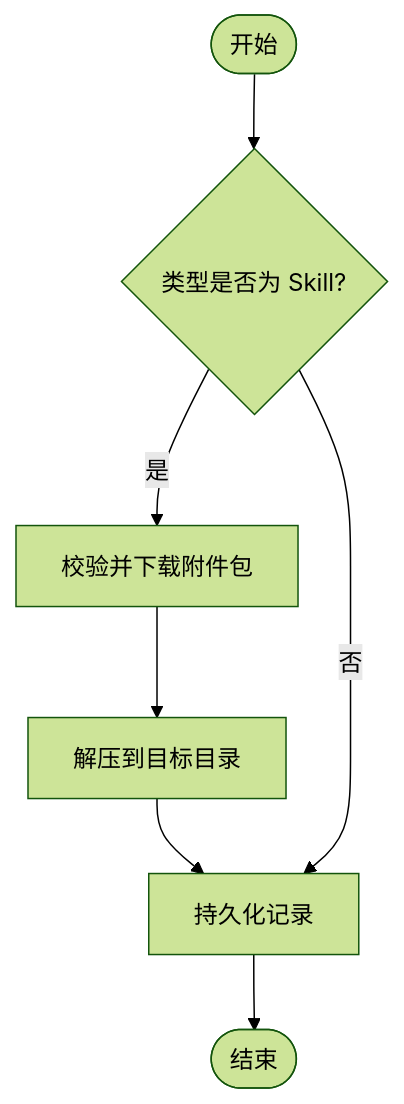
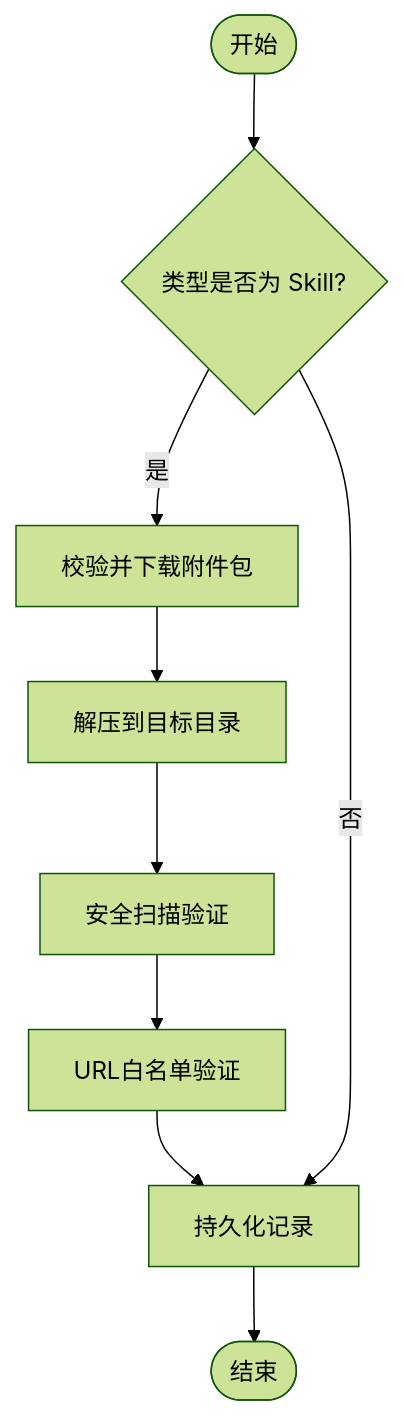
Before and after one commit to junkai-li/NetCoreKevin: the third of 9 diagrams in .qoder/repowiki/zh/content/AI智能体/技能工具管理.md, drawn with Mermaid (forest theme). The commit also changed other lines of this file and 40 other files, not shown here.

````diff
--- a/.qoder/repowiki/zh/content/AI智能体/技能工具管理.md
+++ b/.qoder/repowiki/zh/content/AI智能体/技能工具管理.md
@@ -190,9 +215,11 @@
 ```mermaid
 flowchart TD
 Start(["开始"]) --> CheckType{"类型是否为 Skill?"}
 CheckType --> |是| UploadZip["校验并下载附件包"]
 UploadZip --> Extract["解压到目标目录"]
-Extract --> Save["持久化记录"]
+Extract --> SafetyCheck["安全扫描验证"]
+SafetyCheck --> ValidateUrls["URL白名单验证"]
+ValidateUrls --> Save["持久化记录"]
 CheckType --> |否| Save
 Save --> End(["结束"])
 ```
````
